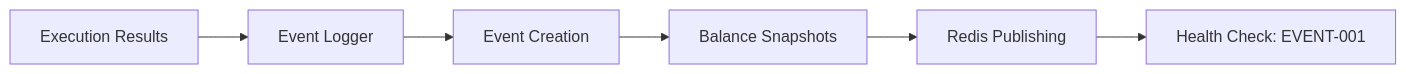
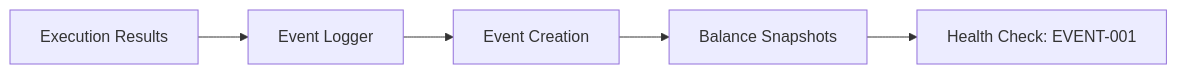
One commit to IggyIkenna/basis-strategy-v1 changed the seventh of 7 diagrams in docs/QUALITY_GATES.md. Above: the diagram before and after it, drawn with Mermaid. The commit also changed other lines of this file and 178 other files, not shown here.

````diff
--- a/docs/QUALITY_GATES.md
+++ b/docs/QUALITY_GATES.md
@@ -207,8 +214,7 @@
 ```mermaid
 graph LR
     A[Execution Results] --> B[Event Logger]
     B --> C[Event Creation]
     C --> D[Balance Snapshots]
-    D --> E[Redis Publishing]
-    E --> F[Health Check: EVENT-001]
+    D --> E[Health Check: EVENT-001]
 ```
````
